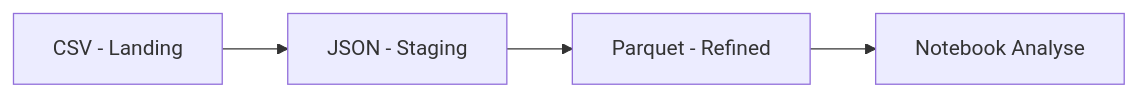
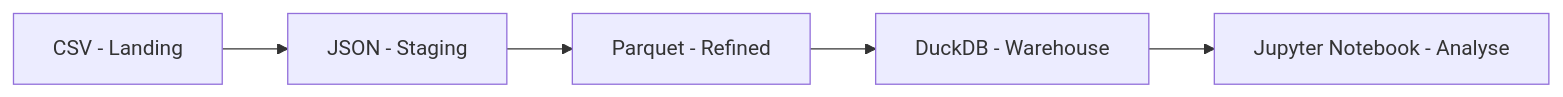
The diagram in README.md (vincent-devFullStack/pipeline_meteo), drawn with Mermaid before and after one commit. The commit also changed other lines of this file and 6 other files, not shown here.

````diff
--- a/README.md
+++ b/README.md
@@ -65,6 +108,7 @@
-```mermaid
+``` mermaid
 graph LR
     A[CSV - Landing] --> B[JSON - Staging]
     B --> C[Parquet - Refined]
-    C --> D[Notebook Analyse]
+    C --> D[DuckDB - Warehouse]
+    D --> E[Jupyter Notebook - Analyse]
 ```
````
